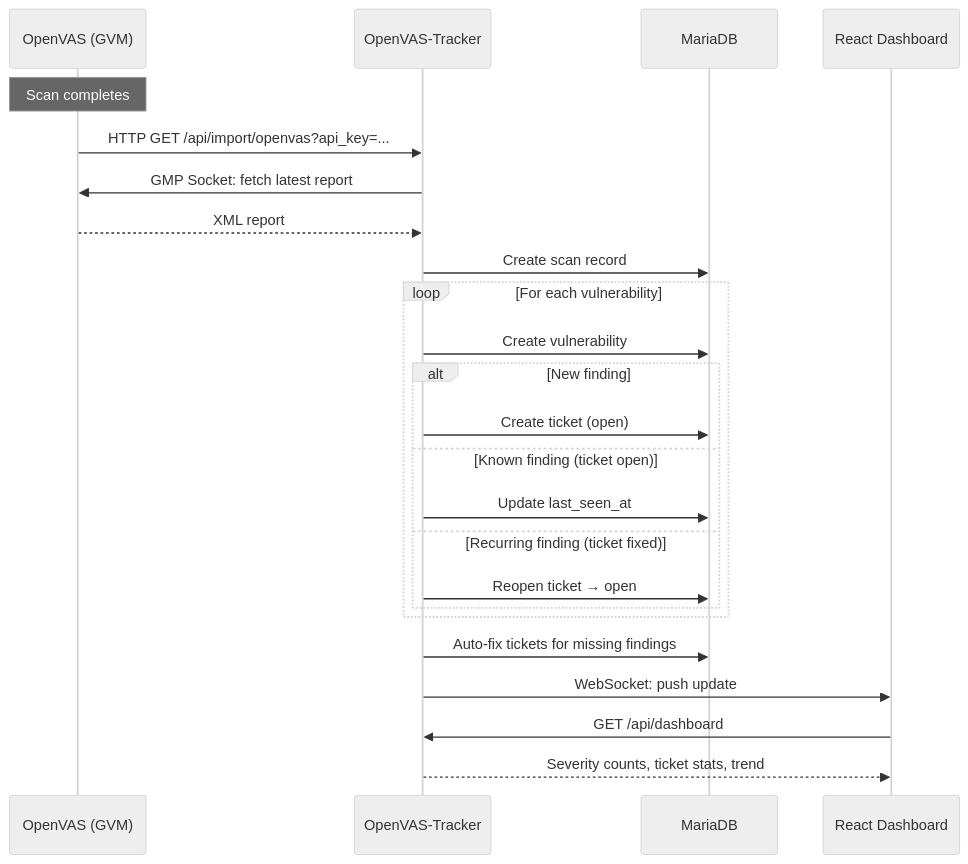
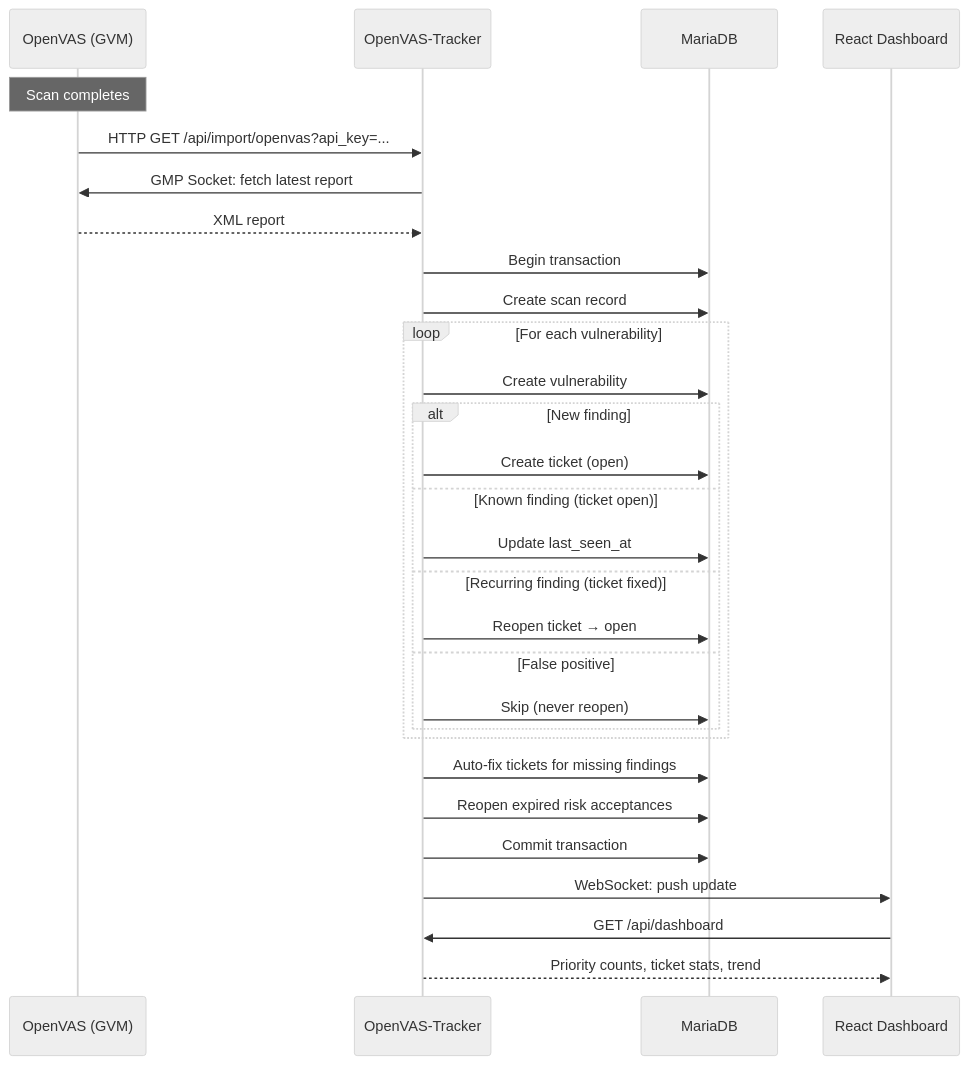
The diagram in README.md (trcyberoptic/openvas-tracker), drawn with Mermaid (neutral theme) before and after one commit. The commit also changed other lines of this file and 6 other files, not shown here.

First line of the commit message:
docs: update all markdown files to reflect current architecture

````diff
--- a/README.md
+++ b/README.md
@@ -19,27 +20,32 @@
 ```mermaid
 sequenceDiagram
     participant OV as OpenVAS (GVM)
     participant TR as OpenVAS-Tracker
     participant DB as MariaDB
     participant UI as React Dashboard
 
     Note over OV: Scan completes
     OV->>TR: HTTP GET /api/import/openvas?api_key=...
     TR->>OV: GMP Socket: fetch latest report
     OV-->>TR: XML report
+    TR->>DB: Begin transaction
     TR->>DB: Create scan record
     loop For each vulnerability
         TR->>DB: Create vulnerability
         alt New finding
             TR->>DB: Create ticket (open)
         else Known finding (ticket open)
             TR->>DB: Update last_seen_at
         else Recurring finding (ticket fixed)
             TR->>DB: Reopen ticket → open
+        else False positive
+            TR->>DB: Skip (never reopen)
         end
     end
     TR->>DB: Auto-fix tickets for missing findings
+    TR->>DB: Reopen expired risk acceptances
+    TR->>DB: Commit transaction
     TR->>UI: WebSocket: push update
     UI->>TR: GET /api/dashboard
-    TR-->>UI: Severity counts, ticket stats, trend
+    TR-->>UI: Priority counts, ticket stats, trend
 ```
````
